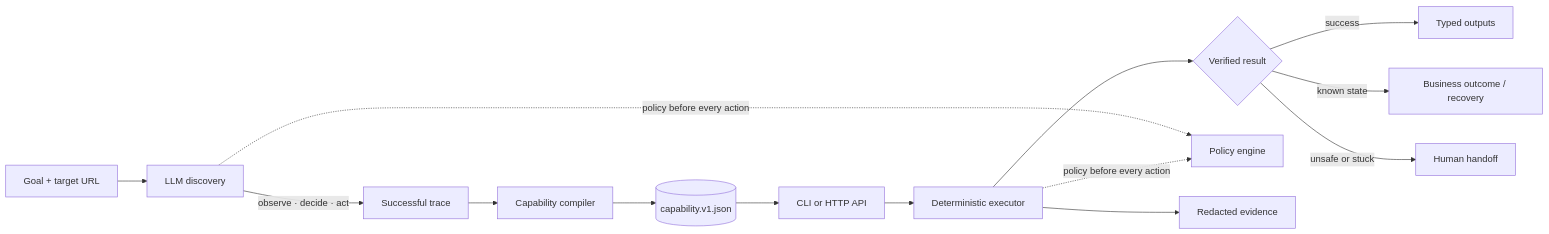
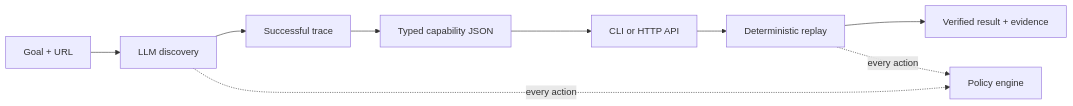
One commit to yuqiwen/ui-capability-runtime changed the diagram in README.md. Above: the diagram before and after it, drawn with Mermaid. The commit also changed other lines of this file, not shown here.

````diff
--- a/README.md
+++ b/README.md
@@ -41,16 +11,11 @@
 ```mermaid
 flowchart LR
-    A[Goal + target URL] --> B[LLM discovery]
-    B -->|observe · decide · act| C[Successful trace]
-    C --> D[Capability compiler]
-    D --> E[(capability.v1.json)]
-    E --> F[CLI or HTTP API]
-    F --> G[Deterministic executor]
-    G --> H{Verified result}
-    H -->|success| I[Typed outputs]
-    H -->|known state| J[Business outcome / recovery]
-    H -->|unsafe or stuck| K[Human handoff]
-    B -. policy before every action .-> L[Policy engine]
-    G -. policy before every action .-> L
-    G --> M[Redacted evidence]
+    A[Goal + URL] --> B[LLM discovery]
+    B --> C[Successful trace]
+    C --> D[Typed capability JSON]
+    D --> E[CLI or HTTP API]
+    E --> F[Deterministic replay]
+    F --> G[Verified result + evidence]
+    B -. every action .-> H[Policy engine]
+    F -. every action .-> H
 ```
````
